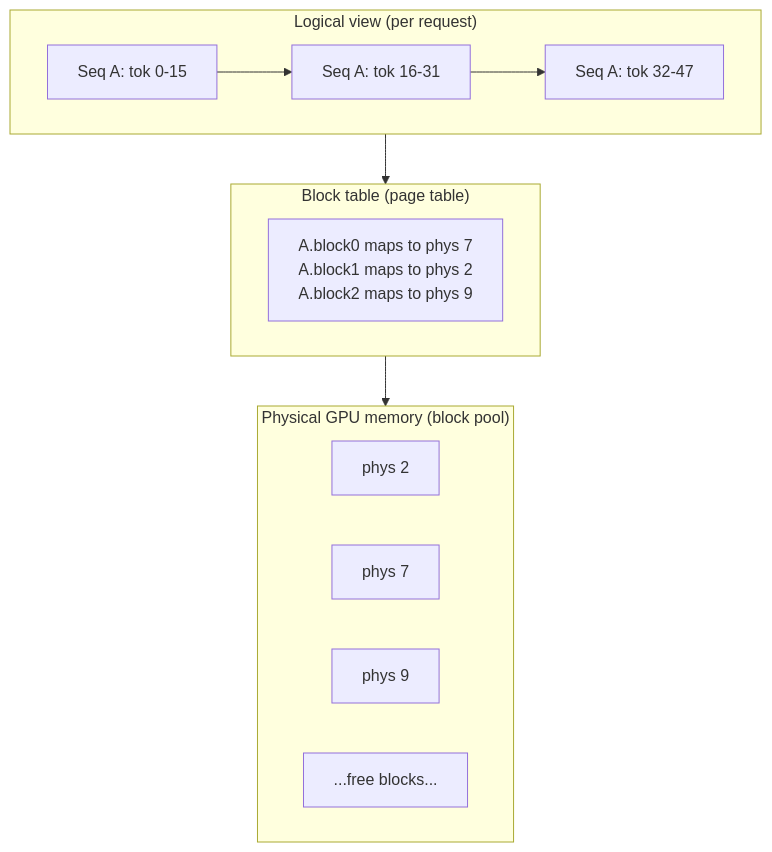
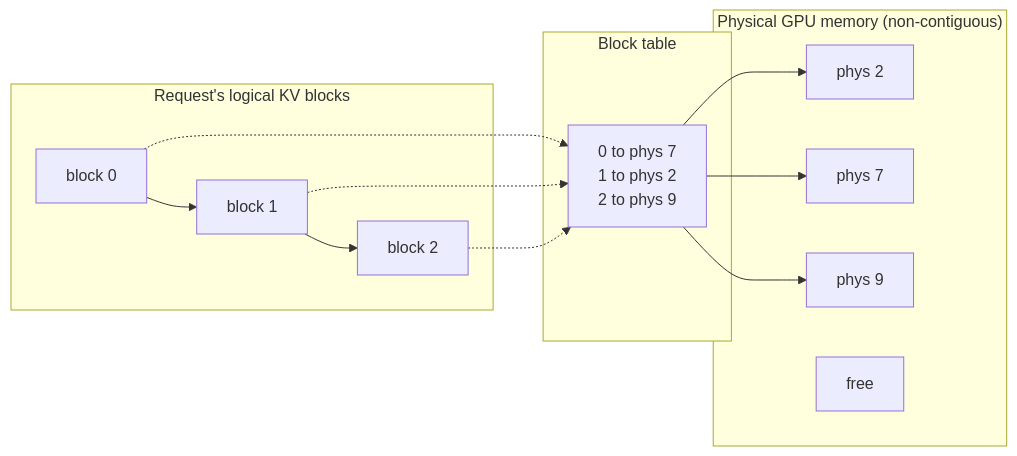
One commit to codewithmuh/system-design changed the fourth of 8 diagrams in case-studies/chatgpt-claude/README.md. Above: the diagram before and after it, drawn with Mermaid. The commit also changed other lines of this file and 7 other files, not shown here.

````diff
--- a/case-studies/chatgpt-claude/README.md
+++ b/case-studies/chatgpt-claude/README.md
@@ -258,17 +317,21 @@
 ```mermaid
-graph TD
-    subgraph LOGICAL["Logical view (per request)"]
-        L0["Seq A: tok 0-15"] --> L1["Seq A: tok 16-31"] --> L2["Seq A: tok 32-47"]
+graph LR
+    subgraph Logical["Request's logical KV blocks"]
+        L0["block 0"] --> L1["block 1"] --> L2["block 2"]
     end
-    subgraph TABLE["Block table (page table)"]
-        BT["A.block0 maps to phys 7<br/>A.block1 maps to phys 2<br/>A.block2 maps to phys 9"]
+    subgraph Table["Block table"]
+        T["0 to phys 7<br/>1 to phys 2<br/>2 to phys 9"]
     end
-    subgraph PHYS["Physical GPU memory (block pool)"]
+    subgraph Physical["Physical GPU memory (non-contiguous)"]
         P2["phys 2"]
         P7["phys 7"]
         P9["phys 9"]
-        PF["...free blocks..."]
+        Pf["free"]
     end
-    LOGICAL --> TABLE
-    TABLE --> PHYS
+    L0 -.-> T
+    L1 -.-> T
+    L2 -.-> T
+    T --> P7
+    T --> P2
+    T --> P9
 ```
````
